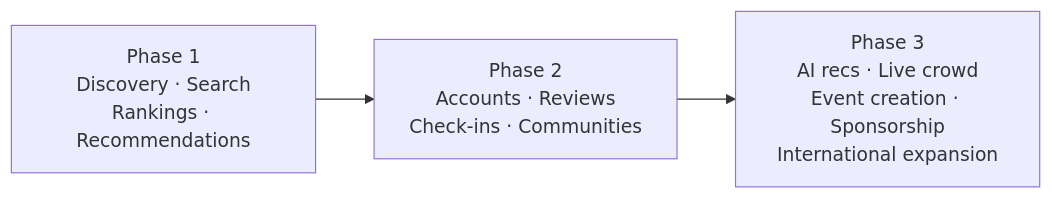
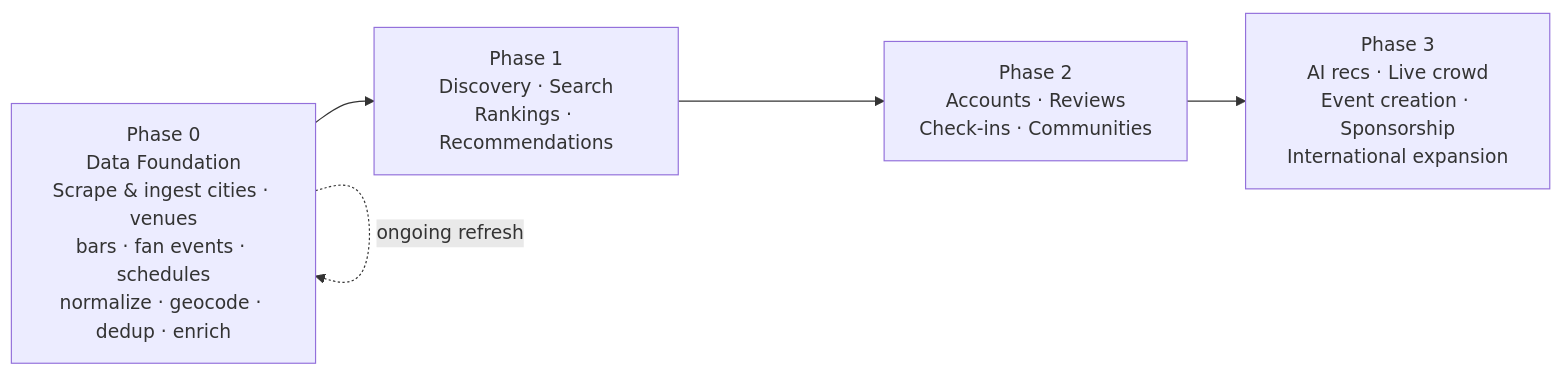
Before and after one commit to sharmaajanya27/FIFA_FAn_EXP: the fifth of 6 diagrams in WORKFLOW.md, drawn with Mermaid. The commit also changed other lines of this file and 2 other files, not shown here.

First line of the commit message:
Add Phase 0 data scraping & ingestion across docs and diagrams

````diff
--- a/WORKFLOW.md
+++ b/WORKFLOW.md
@@ -111,7 +165,9 @@
 ```mermaid
 flowchart LR
+    P0[Phase 0<br/>Data Foundation<br/>Scrape & ingest cities · venues<br/>bars · fan events · schedules<br/>normalize · geocode · dedup · enrich]
     P1[Phase 1<br/>Discovery · Search<br/>Rankings · Recommendations]
     P2[Phase 2<br/>Accounts · Reviews<br/>Check-ins · Communities]
     P3[Phase 3<br/>AI recs · Live crowd<br/>Event creation · Sponsorship<br/>International expansion]
-    P1 --> P2 --> P3
+    P0 --> P1 --> P2 --> P3
+    P0 -. ongoing refresh .-> P0
 ```
````
